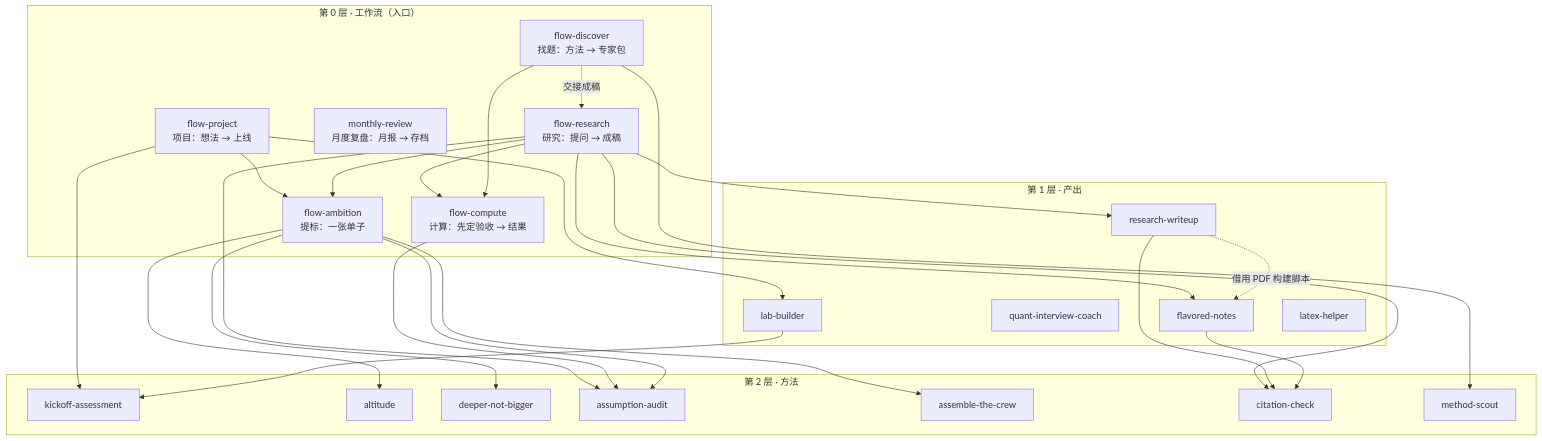
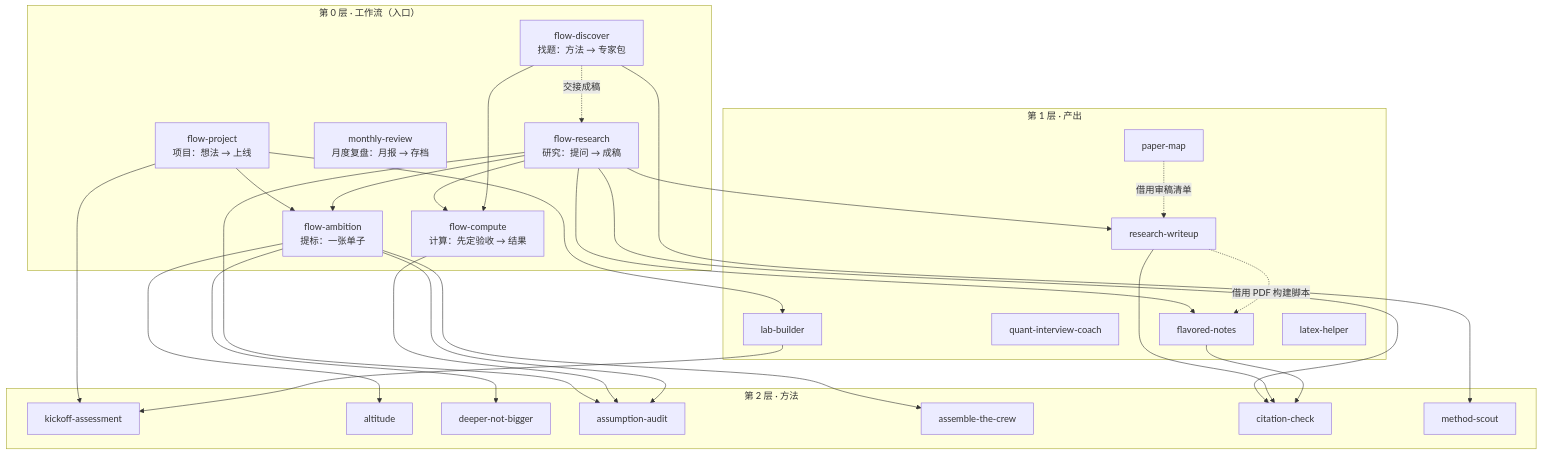
The diagram in _skills/README.md (ZechenBian/ZechenBian.github.io), drawn with Mermaid before and after one commit. The commit also changed other lines of this file and 46 other files, not shown here.

First line of the commit message:
_skills: add paper-map v1.2 (paper corpora: dependency map, story, open problems, reading levels)

````diff
--- a/_skills/README.md
+++ b/_skills/README.md
@@ -17,51 +17,53 @@
 ```mermaid
 flowchart TB
   subgraph L0["第 0 层 · 工作流（入口）"]
     FP["flow-project<br/>项目：想法 → 上线"]
     FR["flow-research<br/>研究：提问 → 成稿"]
     FA["flow-ambition<br/>提标：一张单子"]
     MR["monthly-review<br/>月度复盘：月报 → 存档"]
     FC["flow-compute<br/>计算：先定验收 → 结果"]
     FD["flow-discover<br/>找题：方法 → 专家包"]
   end
   subgraph L1["第 1 层 · 产出"]
     LB[lab-builder]
     RW[research-writeup]
+    PM[paper-map]
     FN[flavored-notes]
     LH[latex-helper]
     QC[quant-interview-coach]
   end
   subgraph L2["第 2 层 · 方法"]
     KA[kickoff-assessment]
     AL[altitude]
     DN[deeper-not-bigger]
     AA[assumption-audit]
     AC[assemble-the-crew]
     CC[citation-check]
     CS[method-scout]
   end
   FP --> LB
   FR --> RW
   FR --> FN
   FP --> FA
   FR --> FA
   FP --> KA
   FR --> AA
   FR --> CC
   FR --> FC
   FD --> CS
   FD --> FC
   FD -. 交接成稿 .-> FR
   FC --> AA
   FA --> AL
   FA --> DN
   FA --> AA
   FA --> AC
   LB --> KA
   RW --> CC
   FN --> CC
   RW -. 借用 PDF 构建脚本 .-> FN
+  PM -. 借用审稿清单 .-> RW
   MR ~~~ FA
   QC ~~~ AC
   LH ~~~ CC
 ```
````
